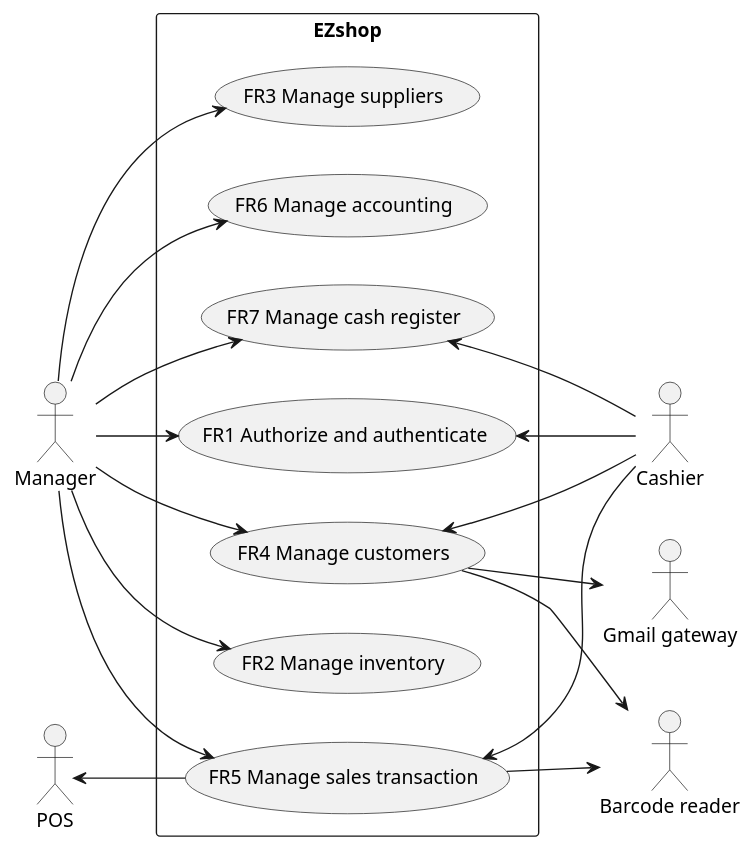
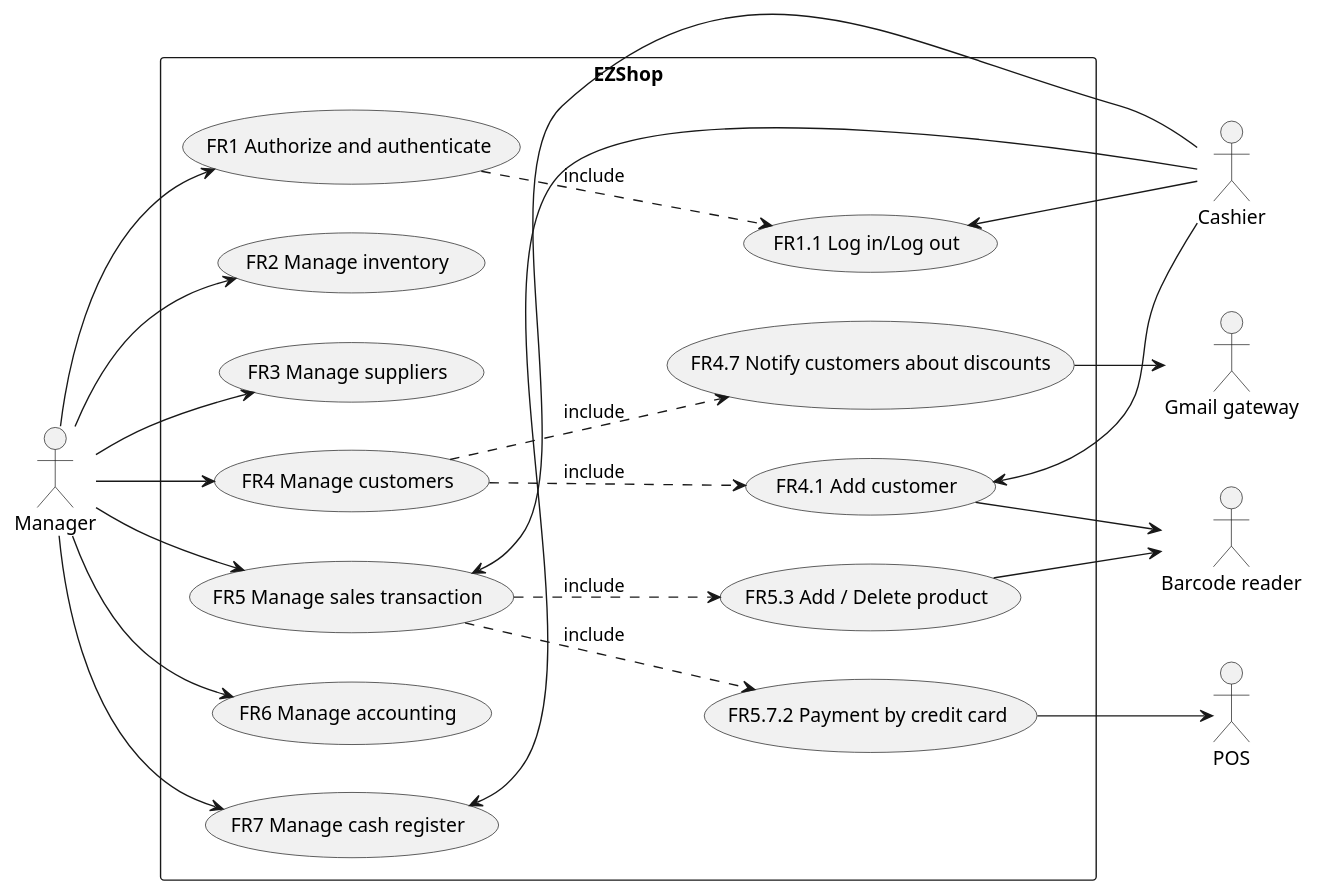
The second of 4 diagrams in Deliverables/RequirementsDocument.md (giuseppesalvi/ezshop), drawn with PlantUML before and after one commit. The commit also changed other lines of this file, not shown here.

Commit message:
updated use case diagram, deployment diagram, minor changes

````diff
--- a/Deliverables/RequirementsDocument.md
+++ b/Deliverables/RequirementsDocument.md
@@ -170,27 +169,38 @@
 ```plantuml
 left to right direction
+
 actor Manager as m
 actor Cashier as c
 actor POS as p
 actor "Barcode reader" as b
 actor "Gmail gateway" as g
 
-rectangle EZshop {
-  m --> (FR1 Authorize and authenticate)
-  m --> (FR2 Manage inventory)
-  m --> (FR3 Manage suppliers)
-  m --> (FR4 Manage customers)
-  m --> (FR5 Manage sales transaction)
-  m --> (FR6 Manage accounting)
-  m --> (FR7 Manage cash register)
-  (FR1 Authorize and authenticate) <-- c
-  (FR4 Manage customers) <--c
-  (FR5 Manage sales transaction) <-- c
-  (FR7 Manage cash register) <-- c
-  (FR4 Manage customers) --> g
-  (FR5 Manage sales transaction) --> b
-  (FR4 Manage customers) --> b
-  p <-- (FR5 Manage sales transaction)
+rectangle EZShop{
+(FR1 Authorize and authenticate) .down.> (FR1.1 Log in/Log out) :include
+m --> (FR1 Authorize and authenticate)
+(FR1.1 Log in/Log out) <-- c
+
+m --> (FR2 Manage inventory)
+
+m --> (FR3 Manage suppliers)
+
+(FR4 Manage customers) .down.> (FR4.1 Add customer) :include
+(FR4 Manage customers) .down.> (FR4.7 Notify customers about discounts) :include
+m --> (FR4 Manage customers)
+(FR4.1 Add customer) <-- c
+(FR4.1 Add customer) --> b
+(FR4.7 Notify customers about discounts) --> g
+
+(FR5 Manage sales transaction) .down.> (FR5.3 Add / Delete product) :include
+(FR5 Manage sales transaction) .down.> (FR5.7.2 Payment by credit card) :include
+m --> (FR5 Manage sales transaction)
+c --> (FR5 Manage sales transaction)
+(FR5.3 Add / Delete product) --> b
+(FR5.7.2 Payment by credit card) --> p
+
+m --> (FR6 Manage accounting)
+
+m --> (FR7 Manage cash register)
+c --> (FR7 Manage cash register)
 }
-
 ```
````
